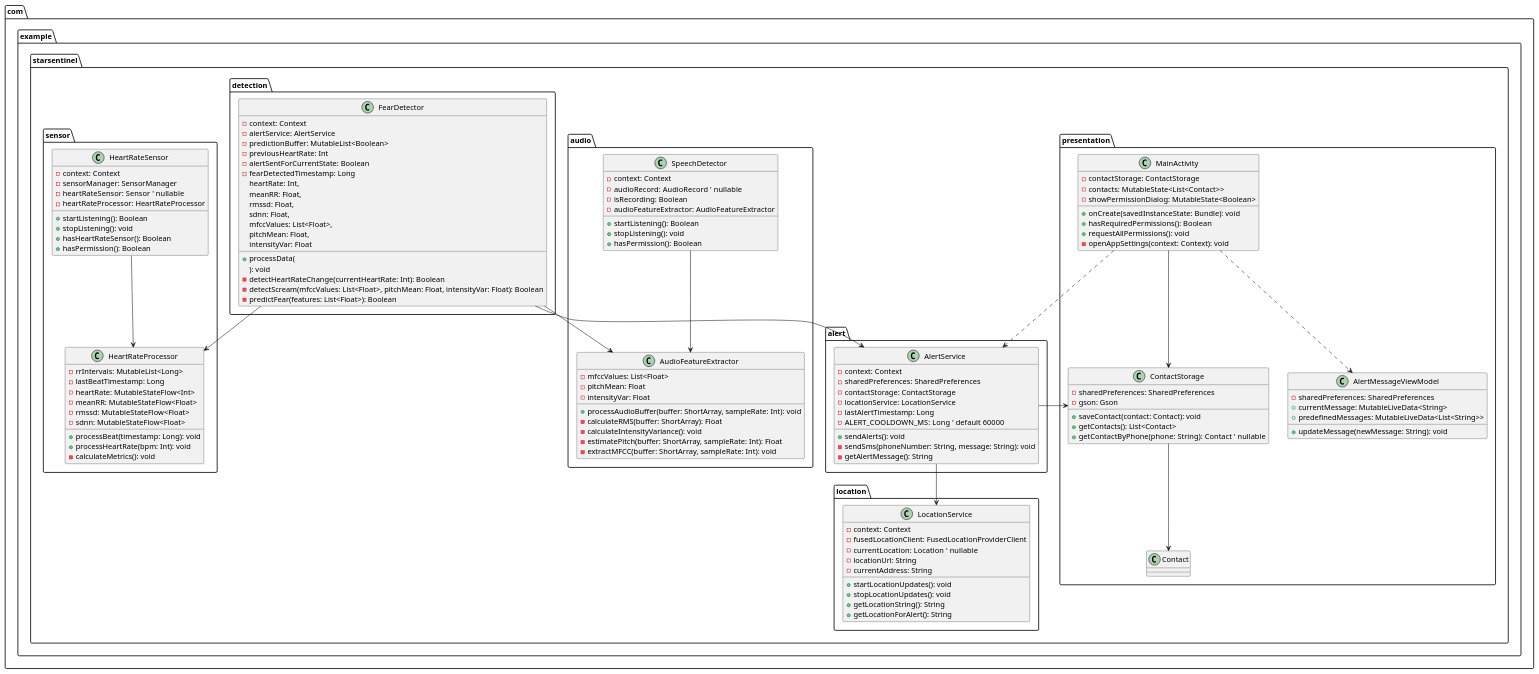
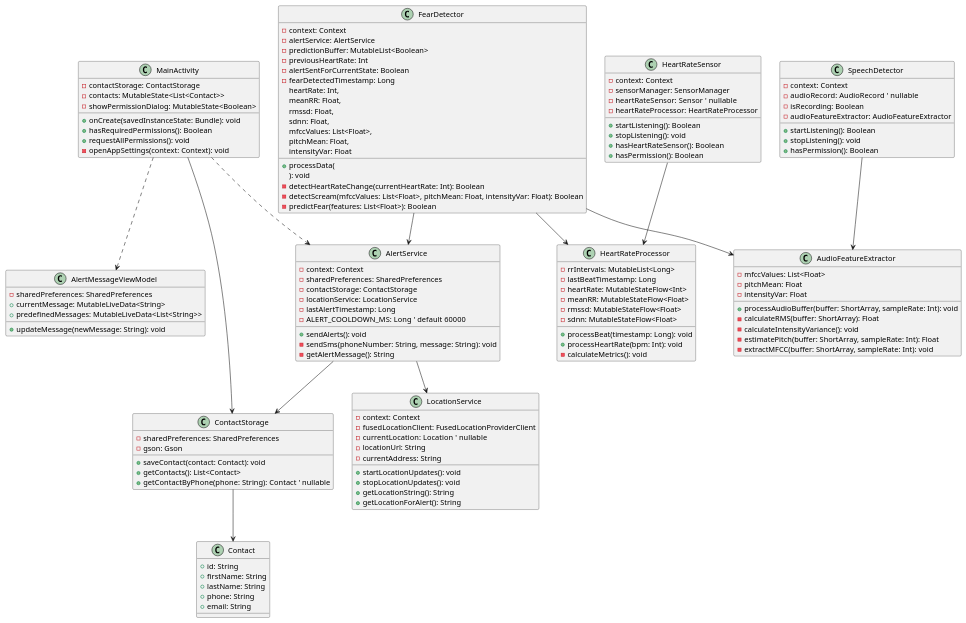
The diagram in app/Star senitnel.puml (ThimashaThakshali/Star_Sentinel), drawn with PlantUML before and after one commit. The commit also changed other lines of this file and 20 other files, not shown here.

```diff
--- a/app/Star senitnel.puml
+++ b/app/Star senitnel.puml
@@ -1,141 +1,140 @@
 @startuml
-
-package "com.example.starsentinel.presentation" {
-    class Contact
+    class Contact {
+        +id: String
+        +firstName: String
+        +lastName: String
+        +phone: String
+        +email: String
+    }
     class ContactStorage {
         -sharedPreferences: SharedPreferences
         -gson: Gson
         +saveContact(contact: Contact): void
         +getContacts(): List<Contact>
         +getContactByPhone(phone: String): Contact  ' nullable
     }
     class MainActivity {
         -contactStorage: ContactStorage
         -contacts: MutableState<List<Contact>>
         -showPermissionDialog: MutableState<Boolean>
         +onCreate(savedInstanceState: Bundle): void
         +hasRequiredPermissions(): Boolean
         +requestAllPermissions(): void
         -openAppSettings(context: Context): void
     }
     class AlertMessageViewModel {
         -sharedPreferences: SharedPreferences
         +currentMessage: MutableLiveData<String>
         +predefinedMessages: MutableLiveData<List<String>>
         +updateMessage(newMessage: String): void
     }
-}
 
-package "com.example.starsentinel.alert" {
+
     class AlertService {
         -context: Context
         -sharedPreferences: SharedPreferences
         -contactStorage: ContactStorage
         -locationService: LocationService
         -lastAlertTimestamp: Long
         -ALERT_COOLDOWN_MS: Long  ' default 60000
         +sendAlerts(): void
         -sendSms(phoneNumber: String, message: String): void
         -getAlertMessage(): String
     }
-}
 
-package "com.example.starsentinel.location" {
+
     class LocationService {
         -context: Context
         -fusedLocationClient: FusedLocationProviderClient
         -currentLocation: Location  ' nullable
         -locationUrl: String
         -currentAddress: String
         +startLocationUpdates(): void
         +stopLocationUpdates(): void
         +getLocationString(): String
         +getLocationForAlert(): String
     }
-}
 
-package "com.example.starsentinel.sensor" {
+
     class HeartRateSensor {
         -context: Context
         -sensorManager: SensorManager
         -heartRateSensor: Sensor  ' nullable
         -heartRateProcessor: HeartRateProcessor
         +startListening(): Boolean
         +stopListening(): void
         +hasHeartRateSensor(): Boolean
         +hasPermission(): Boolean
     }
     class HeartRateProcessor {
         -rrIntervals: MutableList<Long>
         -lastBeatTimestamp: Long
         -heartRate: MutableStateFlow<Int>
         -meanRR: MutableStateFlow<Float>
         -rmssd: MutableStateFlow<Float>
         -sdnn: MutableStateFlow<Float>
         +processBeat(timestamp: Long): void
         +processHeartRate(bpm: Int): void
         -calculateMetrics(): void
     }
-}
 
-package "com.example.starsentinel.audio" {
+
     class SpeechDetector {
         -context: Context
         -audioRecord: AudioRecord  ' nullable
         -isRecording: Boolean
         -audioFeatureExtractor: AudioFeatureExtractor
         +startListening(): Boolean
         +stopListening(): void
         +hasPermission(): Boolean
     }
     class AudioFeatureExtractor {
         -mfccValues: List<Float>
         -pitchMean: Float
         -intensityVar: Float
         +processAudioBuffer(buffer: ShortArray, sampleRate: Int): void
         -calculateRMS(buffer: ShortArray): Float
         -calculateIntensityVariance(): void
         -estimatePitch(buffer: ShortArray, sampleRate: Int): Float
         -extractMFCC(buffer: ShortArray, sampleRate: Int): void
     }
-}
 
-package "com.example.starsentinel.detection" {
+
     class FearDetector {
         -context: Context
         -alertService: AlertService
         -predictionBuffer: MutableList<Boolean>
         -previousHeartRate: Int
         -alertSentForCurrentState: Boolean
         -fearDetectedTimestamp: Long
         +processData(
             heartRate: Int,
             meanRR: Float,
             rmssd: Float,
             sdnn: Float,
             mfccValues: List<Float>,
             pitchMean: Float,
             intensityVar: Float
         ): void
         -detectHeartRateChange(currentHeartRate: Int): Boolean
         -detectScream(mfccValues: List<Float>, pitchMean: Float, intensityVar: Float): Boolean
         -predictFear(features: List<Float>): Boolean
     }
-}
+
 
 ' Relationships
 MainActivity --> ContactStorage
 ContactStorage --> Contact
 AlertService --> ContactStorage
 AlertService --> LocationService
 HeartRateSensor --> HeartRateProcessor
 SpeechDetector --> AudioFeatureExtractor
 FearDetector --> AlertService
 FearDetector --> HeartRateProcessor
 FearDetector --> AudioFeatureExtractor
 
 ' Dependencies
 MainActivity ..> AlertMessageViewModel
 MainActivity ..> AlertService
 
 @enduml
```
